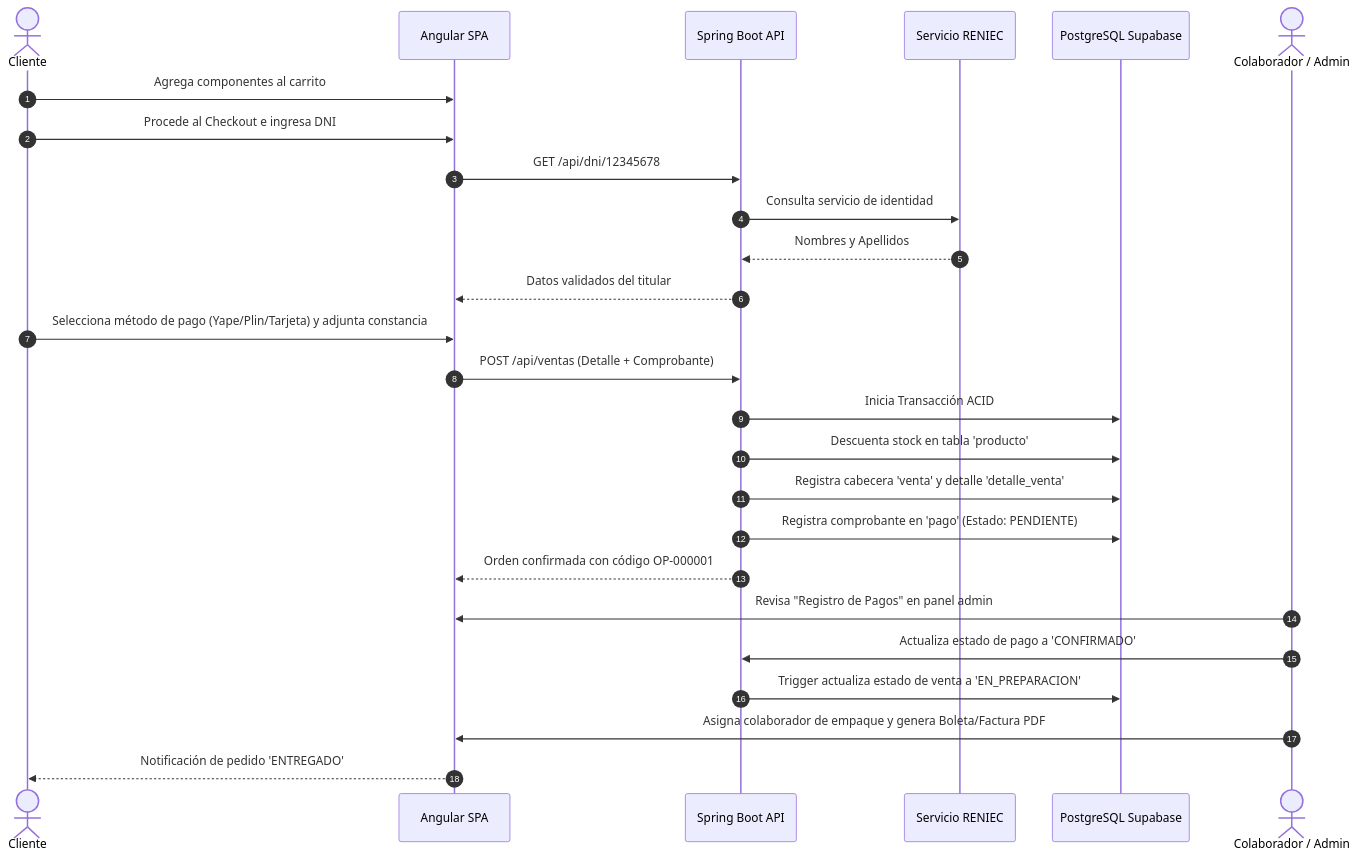
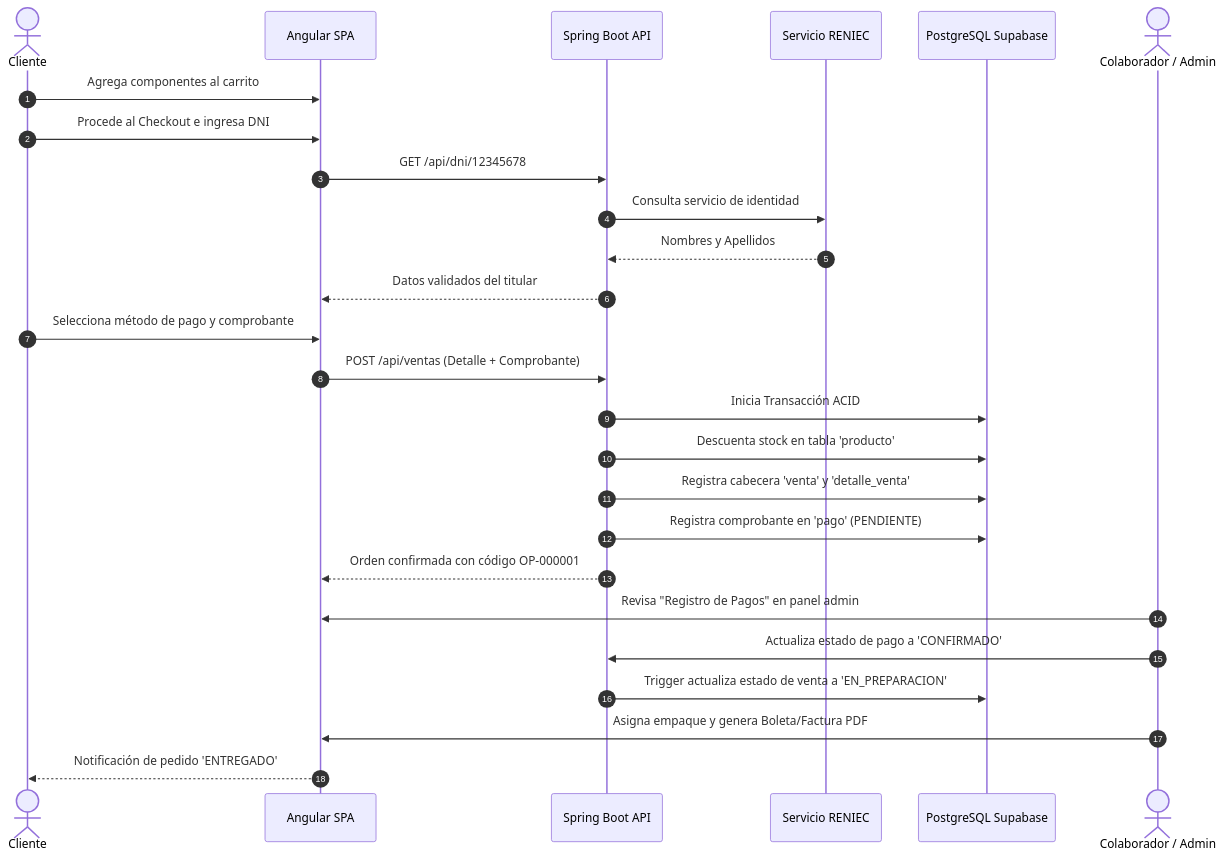
The second of 3 diagrams in README.md (MrCarlos17A/TechZone), drawn with Mermaid before and after one commit. The commit also changed other lines of this file, not shown here.

Commit message:
style(docs): optimizar saltos de linea y dimensiones en nodos mermaid

````diff
--- a/README.md
+++ b/README.md
@@ -100,30 +100,30 @@
 ```mermaid
 sequenceDiagram
     autonumber
     actor Cliente as Cliente
     participant Front as Angular SPA
     participant Back as Spring Boot API
     participant RENIEC as Servicio RENIEC
     participant DB as PostgreSQL Supabase
     actor Colab as Colaborador / Admin
 
     Cliente->>Front: Agrega componentes al carrito
     Cliente->>Front: Procede al Checkout e ingresa DNI
     Front->>Back: GET /api/dni/12345678
     Back->>RENIEC: Consulta servicio de identidad
     RENIEC-->>Back: Nombres y Apellidos
     Back-->>Front: Datos validados del titular
-    Cliente->>Front: Selecciona método de pago (Yape/Plin/Tarjeta) y adjunta constancia
+    Cliente->>Front: Selecciona método de pago y comprobante
     Front->>Back: POST /api/ventas (Detalle + Comprobante)
     Back->>DB: Inicia Transacción ACID
     Back->>DB: Descuenta stock en tabla 'producto'
-    Back->>DB: Registra cabecera 'venta' y detalle 'detalle_venta'
-    Back->>DB: Registra comprobante en 'pago' (Estado: PENDIENTE)
+    Back->>DB: Registra cabecera 'venta' y 'detalle_venta'
+    Back->>DB: Registra comprobante en 'pago' (PENDIENTE)
     Back-->>Front: Orden confirmada con código OP-000001
     
     Colab->>Front: Revisa "Registro de Pagos" en panel admin
     Colab->>Back: Actualiza estado de pago a 'CONFIRMADO'
     Back->>DB: Trigger actualiza estado de venta a 'EN_PREPARACION'
-    Colab->>Front: Asigna colaborador de empaque y genera Boleta/Factura PDF
+    Colab->>Front: Asigna empaque y genera Boleta/Factura PDF
     Front-->>Cliente: Notificación de pedido 'ENTREGADO'
 ```
````
